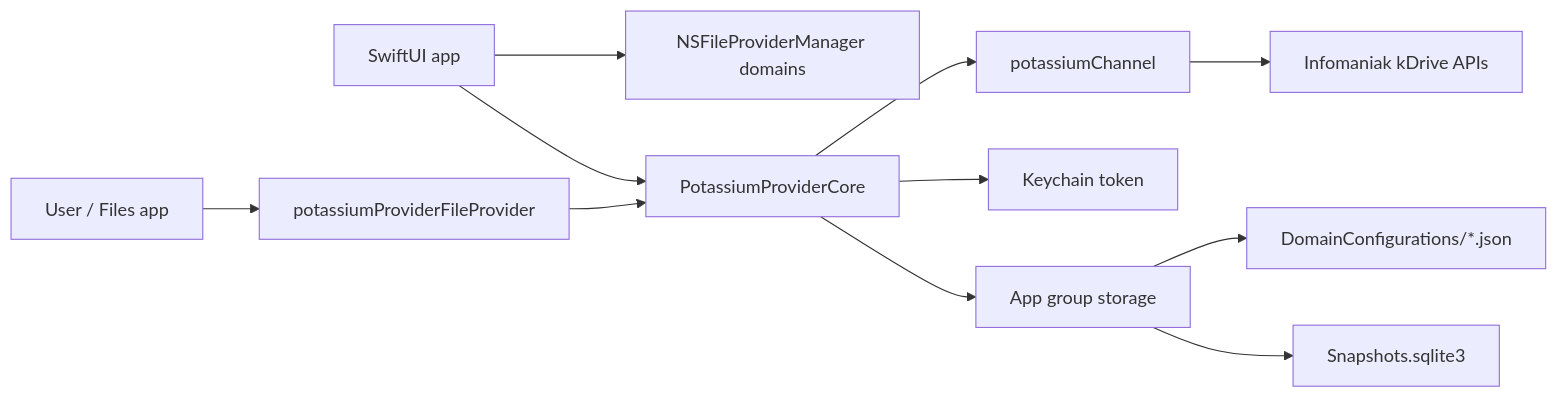
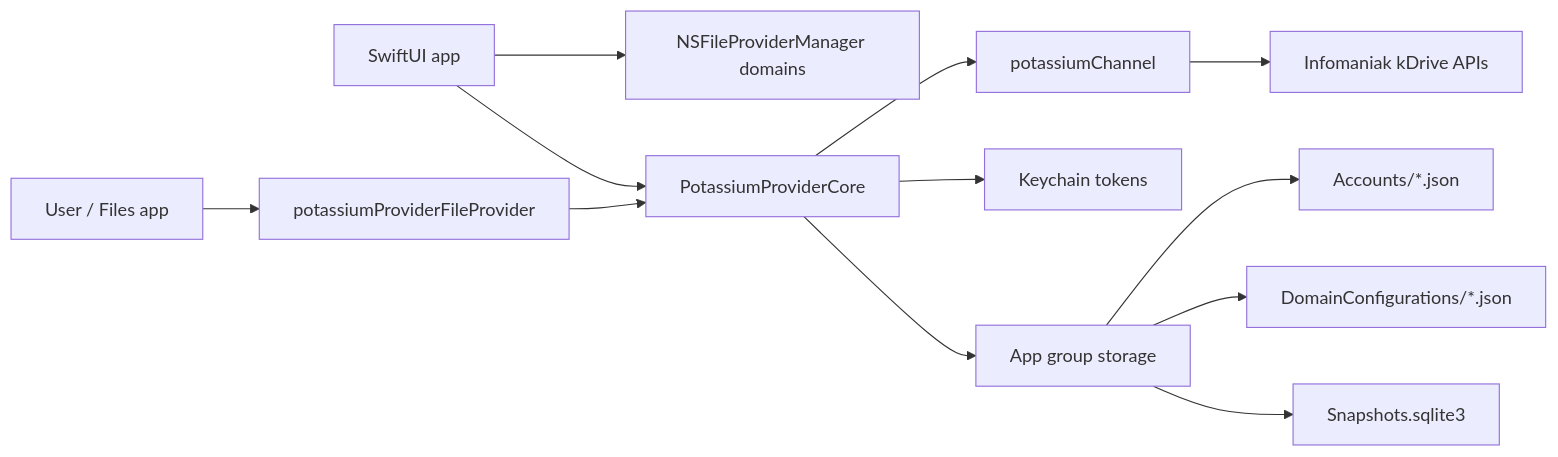
Before and after one commit to OpenCow42/potassiumProvider: the diagram in doc/ARCHITECTURE.md, drawn with Mermaid. The commit also changed other lines of this file and 18 other files, not shown here.

````diff
--- a/doc/ARCHITECTURE.md
+++ b/doc/ARCHITECTURE.md
@@ -7,13 +7,14 @@
 ```mermaid
 flowchart LR
     User["User / Files app"] --> FP["potassiumProviderFileProvider"]
     App["SwiftUI app"] --> Domain["NSFileProviderManager domains"]
     App --> Core["PotassiumProviderCore"]
     FP --> Core
     Core --> KC["potassiumChannel"]
     KC --> KDrive["Infomaniak kDrive APIs"]
-    Core --> Keychain["Keychain token"]
+    Core --> Keychain["Keychain tokens"]
     Core --> AppGroup["App group storage"]
+    AppGroup --> Accounts["Accounts/*.json"]
     AppGroup --> DomainJSON["DomainConfigurations/*.json"]
     AppGroup --> Snapshots["Snapshots.sqlite3"]
 ```
````
